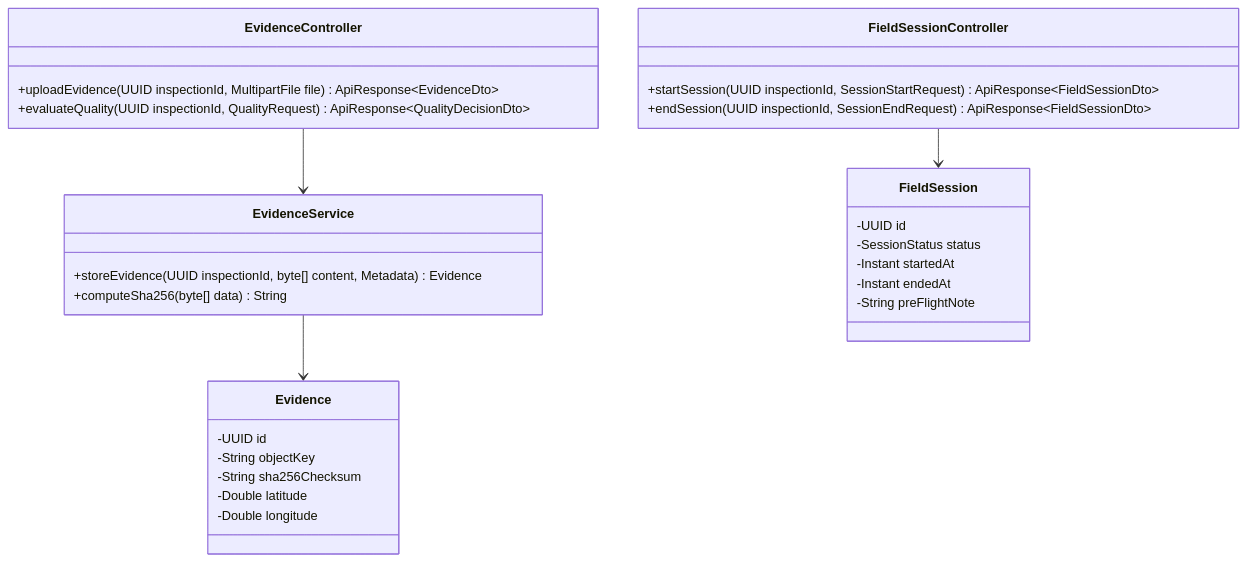
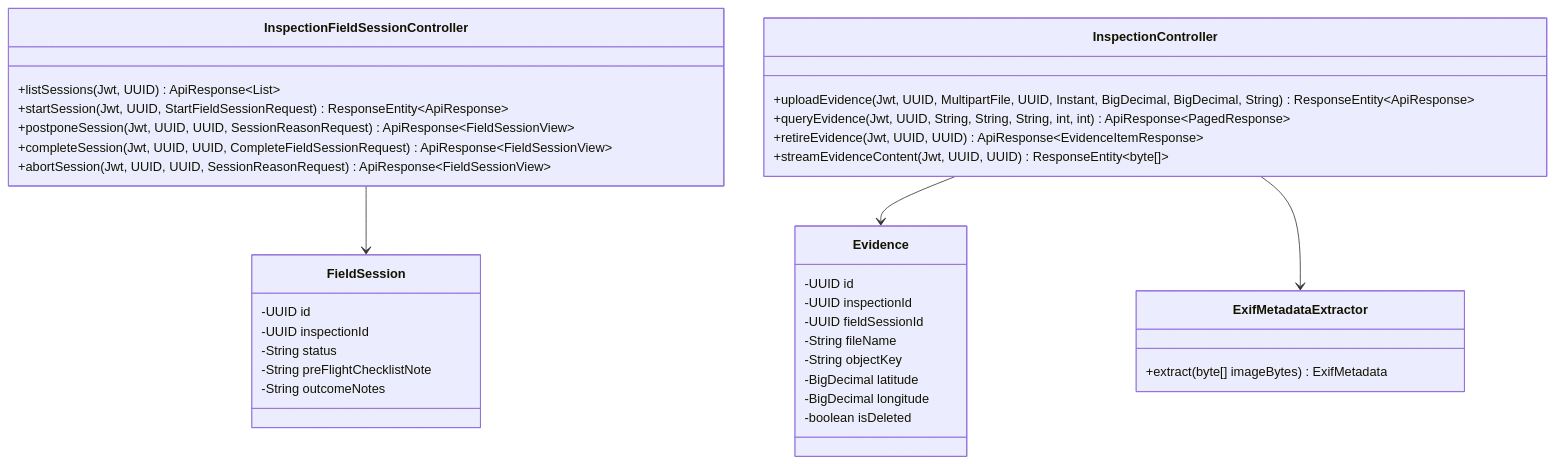
One commit to tungbach12/SmartDroneInspection-Docs changed diagram 12 of 22 in reports/report-4-software-design-document/03-detailed-design.md. Above: the diagram before and after it, drawn with Mermaid. The commit also changed other lines of this file and 155 other files, not shown here.

````diff
--- a/reports/report-4-software-design-document/03-detailed-design.md
+++ b/reports/report-4-software-design-document/03-detailed-design.md
@@ -320,33 +475,40 @@
 ```mermaid
-%% title: Field Survey and Evidence Management Class Diagram
+%% title: Field Session and Evidence Management Class Diagram
 classDiagram
-  class FieldSessionController {
-    +startSession(UUID inspectionId, SessionStartRequest) ApiResponse~FieldSessionDto~
-    +endSession(UUID inspectionId, SessionEndRequest) ApiResponse~FieldSessionDto~
+  class InspectionFieldSessionController {
+    +listSessions(Jwt, UUID) ApiResponse~List~
+    +startSession(Jwt, UUID, StartFieldSessionRequest) ResponseEntity~ApiResponse~
+    +postponeSession(Jwt, UUID, UUID, SessionReasonRequest) ApiResponse~FieldSessionView~
+    +completeSession(Jwt, UUID, UUID, CompleteFieldSessionRequest) ApiResponse~FieldSessionView~
+    +abortSession(Jwt, UUID, UUID, SessionReasonRequest) ApiResponse~FieldSessionView~
   }
-  class EvidenceController {
-    +uploadEvidence(UUID inspectionId, MultipartFile file) ApiResponse~EvidenceDto~
-    +evaluateQuality(UUID inspectionId, QualityRequest) ApiResponse~QualityDecisionDto~
+  class InspectionController {
+    +uploadEvidence(Jwt, UUID, MultipartFile, UUID, Instant, BigDecimal, BigDecimal, String) ResponseEntity~ApiResponse~
+    +queryEvidence(Jwt, UUID, String, String, String, int, int) ApiResponse~PagedResponse~
+    +retireEvidence(Jwt, UUID, UUID) ApiResponse~EvidenceItemResponse~
+    +streamEvidenceContent(Jwt, UUID, UUID) ResponseEntity~byte[]~
   }
-  class EvidenceService {
-    +storeEvidence(UUID inspectionId, byte[] content, Metadata) Evidence
-    +computeSha256(byte[] data) String
+  class ExifMetadataExtractor {
+    +extract(byte[] imageBytes) ExifMetadata
   }
   class FieldSession {
     -UUID id
-    -SessionStatus status
-    -Instant startedAt
-    -Instant endedAt
-    -String preFlightNote
+    -UUID inspectionId
+    -String status
+    -String preFlightChecklistNote
+    -String outcomeNotes
   }
   class Evidence {
     -UUID id
+    -UUID inspectionId
+    -UUID fieldSessionId
+    -String fileName
     -String objectKey
-    -String sha256Checksum
-    -Double latitude
-    -Double longitude
+    -BigDecimal latitude
+    -BigDecimal longitude
+    -boolean isDeleted
   }
-  FieldSessionController --> FieldSession
-  EvidenceController --> EvidenceService
-  EvidenceService --> Evidence
+  InspectionFieldSessionController --> FieldSession
+  InspectionController --> Evidence
+  InspectionController --> ExifMetadataExtractor
 ```
````
